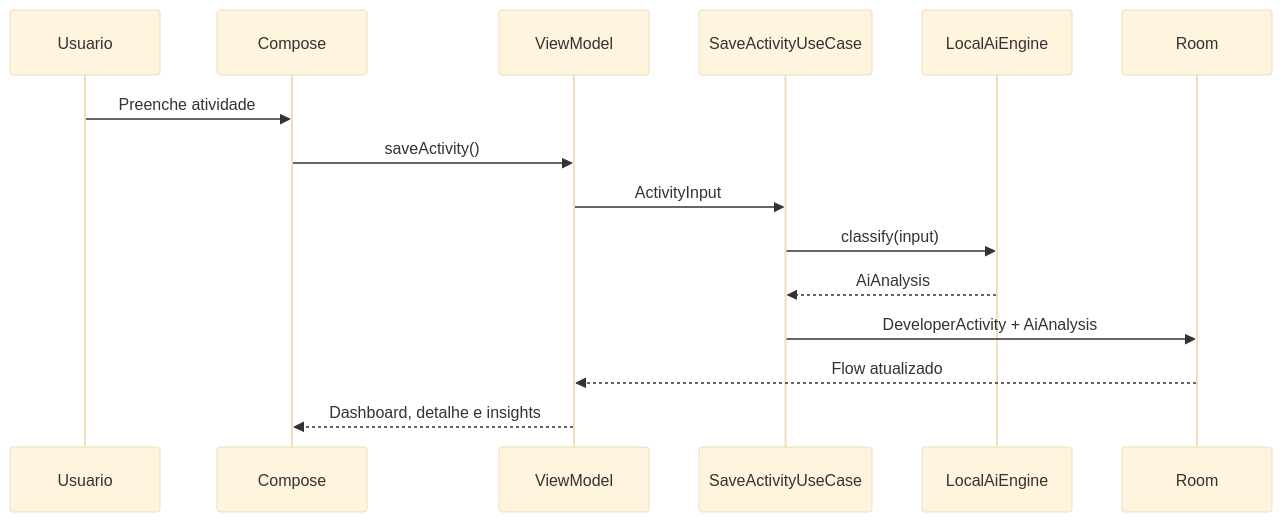
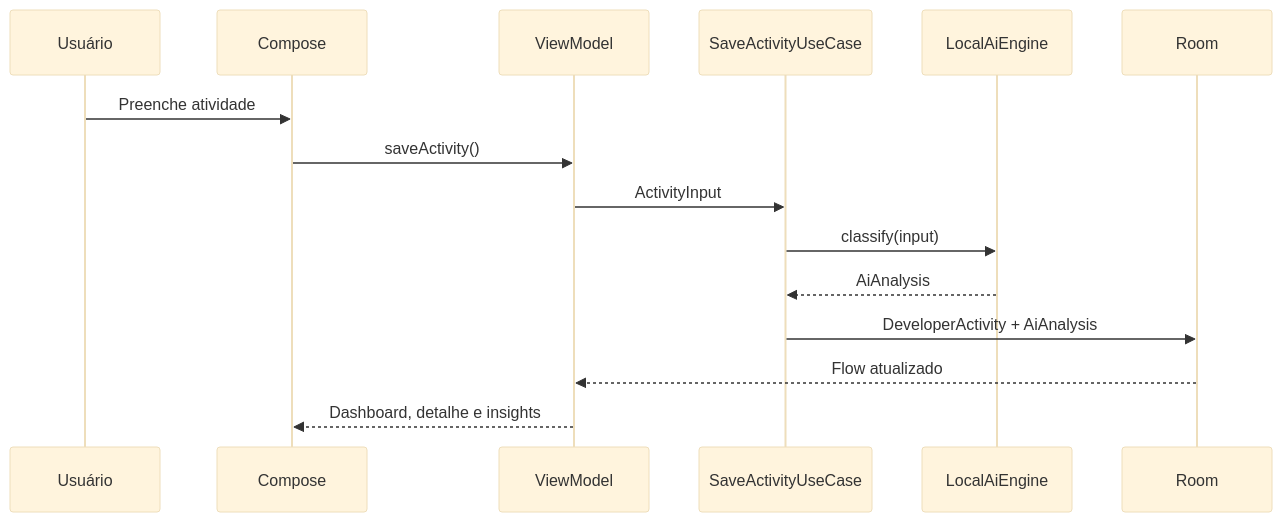
Before and after one commit to davidijesus/dev-lens: the fifth of 5 diagrams in README.md, drawn with Mermaid (base theme). The commit also changed other lines of this file, not shown here.

````diff
--- a/README.md
+++ b/README.md
@@ -292,17 +292,17 @@
 ```mermaid
 sequenceDiagram
-    participant User as Usuario
+    participant User as Usuário
     participant UI as Compose
     participant VM as ViewModel
     participant UC as SaveActivityUseCase
     participant AI as LocalAiEngine
     participant DB as Room
     User->>UI: Preenche atividade
     UI->>VM: saveActivity()
     VM->>UC: ActivityInput
     UC->>AI: classify(input)
     AI-->>UC: AiAnalysis
     UC->>DB: DeveloperActivity + AiAnalysis
     DB-->>VM: Flow atualizado
     VM-->>UI: Dashboard, detalhe e insights
 ```
````
